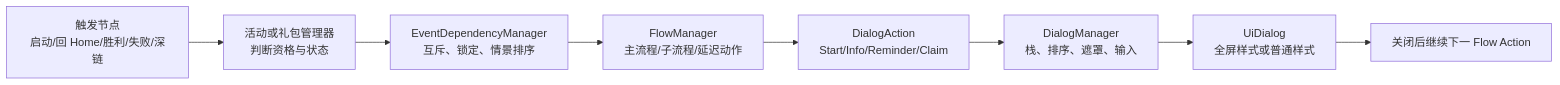
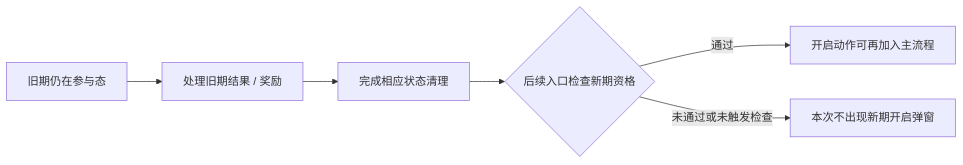
Before and after one commit to njbyxqw/LibraryG: the fifth of 5 diagrams in 02-PROJECTS/产品分析/Royal Match/系统拆解-弹窗框架-38911.md, drawn with Mermaid. The commit also changed other lines of this file and 150 other files, not shown here.

````diff
--- a/02-PROJECTS/产品分析/Royal Match/系统拆解-弹窗框架-38911.md
+++ b/02-PROJECTS/产品分析/Royal Match/系统拆解-弹窗框架-38911.md
@@ -31,10 +462,8 @@
 ```mermaid
 flowchart LR
-    T[触发节点\n启动/回 Home/胜利/失败/深链] --> S[活动或礼包管理器\n判断资格与状态]
-    S --> P[EventDependencyManager\n互斥、锁定、情景排序]
-    P --> F[FlowManager\n主流程/子流程/延迟动作]
-    F --> A[DialogAction\nStart/Info/Reminder/Claim]
-    A --> D[DialogManager\n栈、排序、遮罩、输入]
-    D --> U[UiDialog\n全屏样式或普通样式]
-    U --> R[关闭后继续下一 Flow Action]
+    A[旧期仍在参与态] --> B[处理旧期结果 / 奖励]
+    B --> C[完成相应状态清理]
+    C --> D{后续入口检查新期资格}
+    D -->|通过| E[开启动作可再加入主流程]
+    D -->|未通过或未触发检查| F[本次不出现新期开启弹窗]
 ```
````
